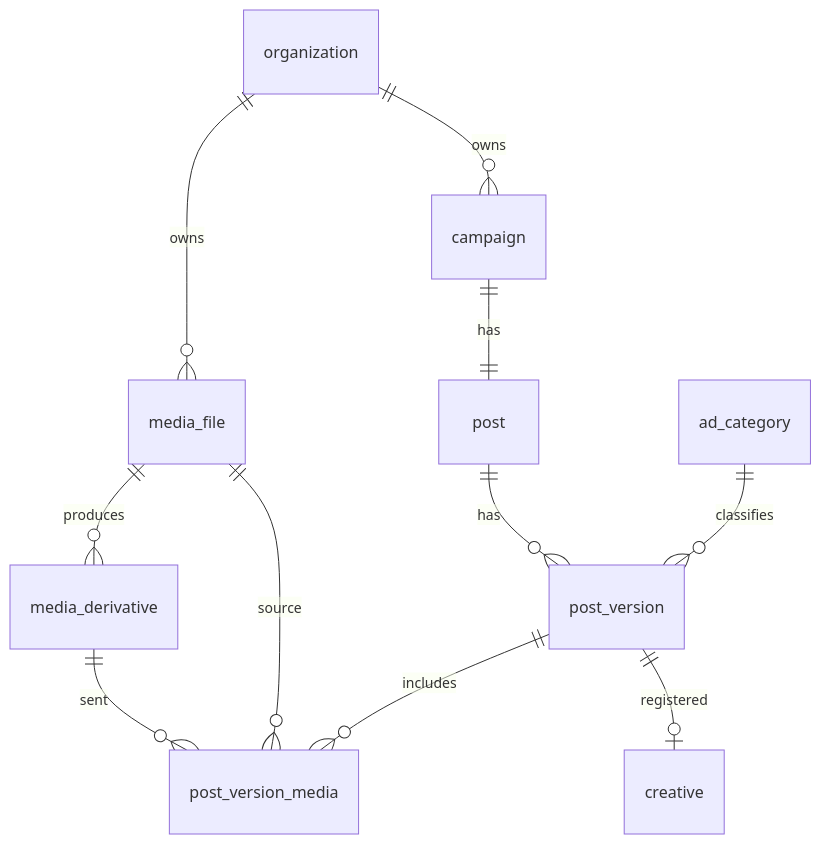
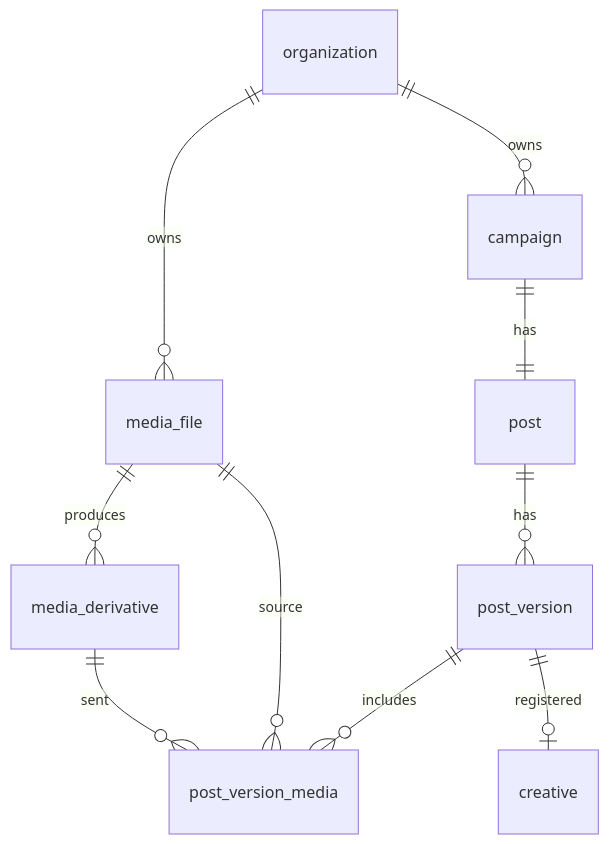
Before and after one commit to leha-creator/maxim: the third of 6 diagrams in docs/04-domain-model.md, drawn with Mermaid. The commit also changed other lines of this file and 12 other files, not shown here.

````diff
--- a/docs/04-domain-model.md
+++ b/docs/04-domain-model.md
@@ -228,13 +228,12 @@
 ```mermaid
 erDiagram
     organization ||--o{ media_file : owns
     media_file ||--o{ media_derivative : produces
     organization ||--o{ campaign : owns
     campaign ||--|| post : has
     post ||--o{ post_version : has
     post_version ||--o{ post_version_media : includes
     media_file ||--o{ post_version_media : source
     media_derivative ||--o{ post_version_media : sent
-    ad_category ||--o{ post_version : classifies
     post_version ||--o| creative : registered
 ```
````
